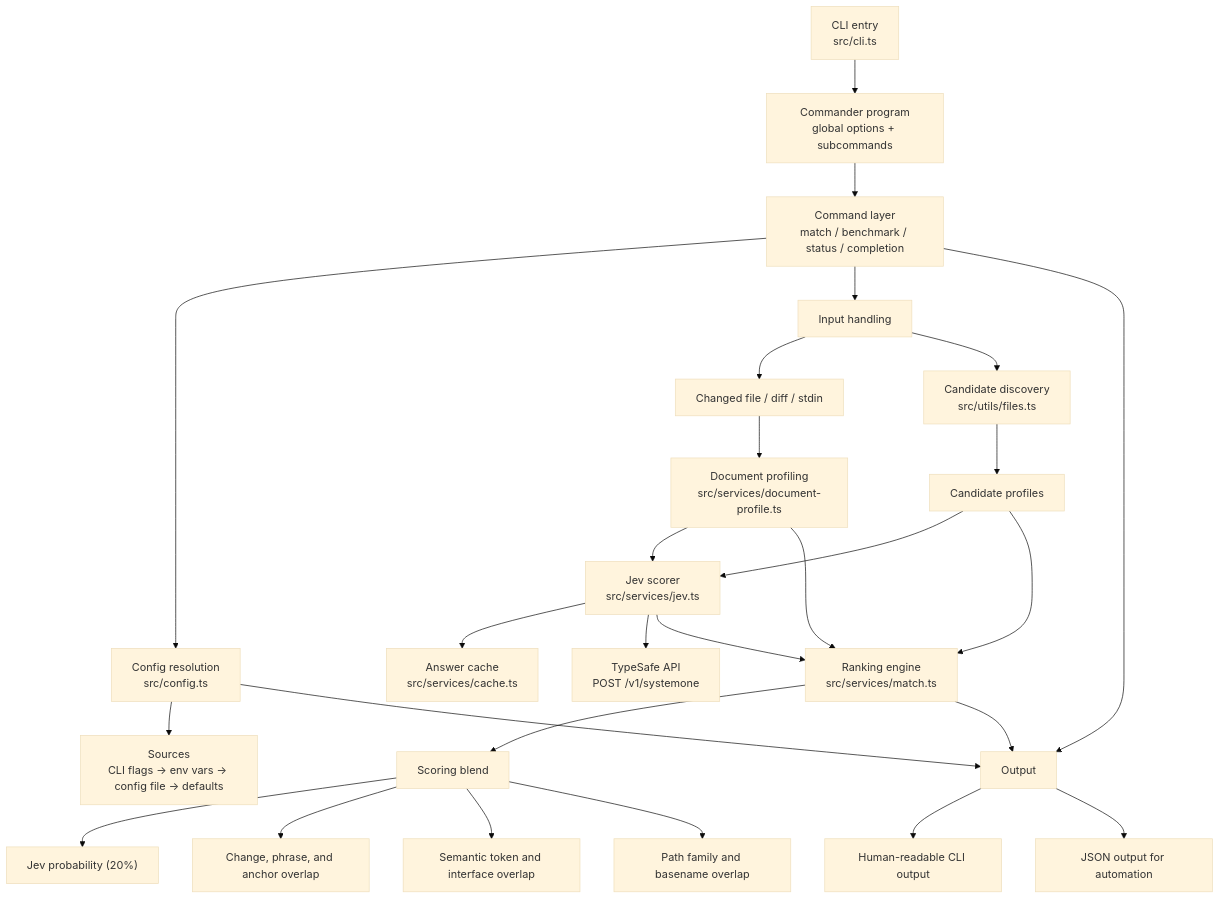
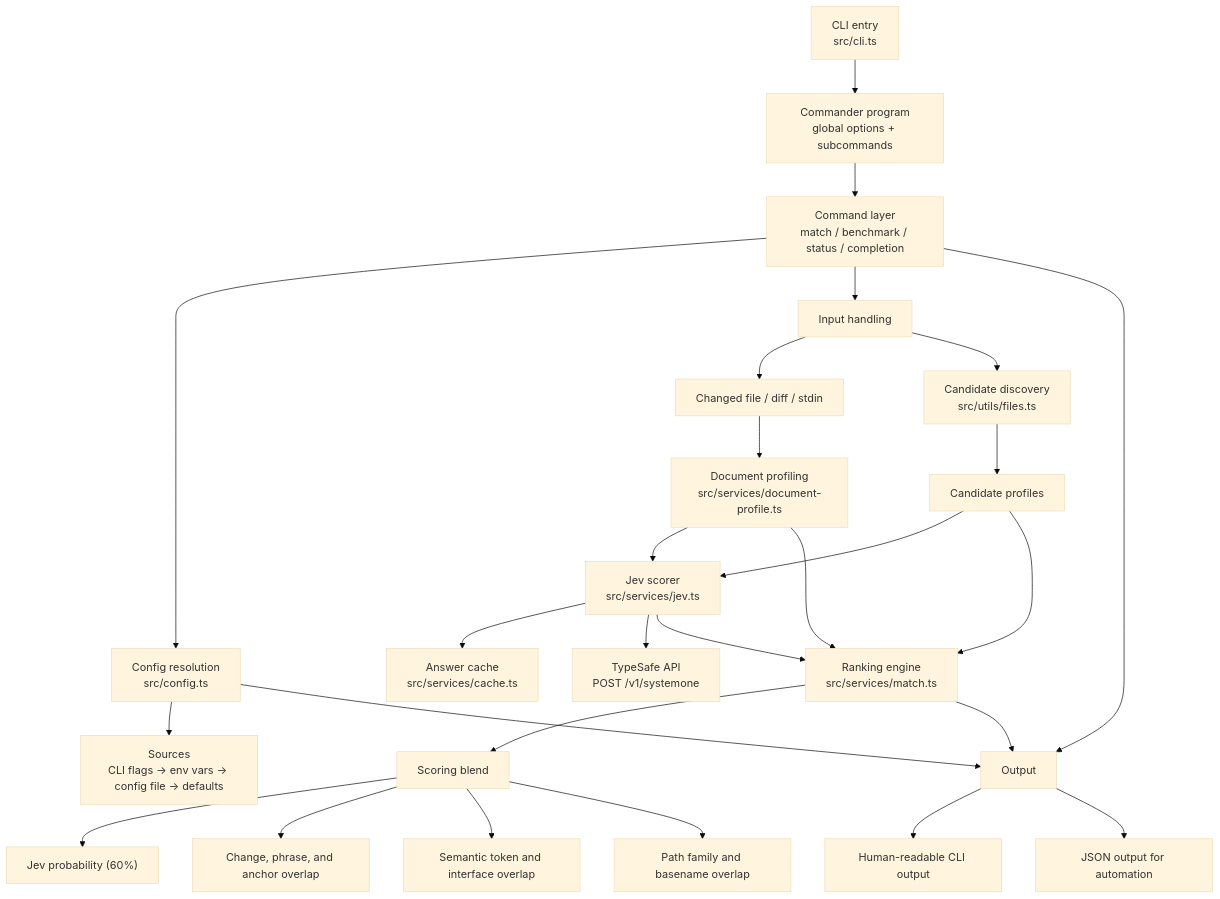
The diagram in README.md (JustasMonkev/semantic-test-matcher), drawn with Mermaid (base theme) before and after one commit. The commit also changed other lines of this file and 32 other files, not shown here.

````diff
--- a/README.md
+++ b/README.md
@@ -25,36 +25,36 @@
 ```mermaid
 flowchart TD
     A["CLI entry<br/>src/cli.ts"] --> B["Commander program<br/>global options + subcommands"]
     B --> C["Command layer<br/>match / benchmark / status / completion"]
 
     C --> D["Config resolution<br/>src/config.ts"]
     D --> D1["Sources<br/>CLI flags -> env vars -> config file -> defaults"]
 
     C --> E["Input handling"]
     E --> E1["Changed file / diff / stdin"]
     E --> E2["Candidate discovery<br/>src/utils/files.ts"]
 
     E1 --> F["Document profiling<br/>src/services/document-profile.ts"]
     E2 --> F2["Candidate profiles"]
 
     F --> G["Jev scorer<br/>src/services/jev.ts"]
     F2 --> G
     G --> H["Answer cache<br/>src/services/cache.ts"]
     G --> I["TypeSafe API<br/>POST /v1/systemone"]
 
     G --> K["Ranking engine<br/>src/services/match.ts"]
     F --> K
     F2 --> K
 
     K --> L["Scoring blend"]
-    L --> L1["Jev probability (20%)"]
+    L --> L1["Jev probability (60%)"]
     L --> L2["Change, phrase, and anchor overlap"]
     L --> L3["Semantic token and interface overlap"]
     L --> L4["Path family and basename overlap"]
 
     C --> M["Output"]
     K --> M
     D --> M
     M --> M1["Human-readable CLI output"]
     M --> M2["JSON output for automation"]
 ```
````
